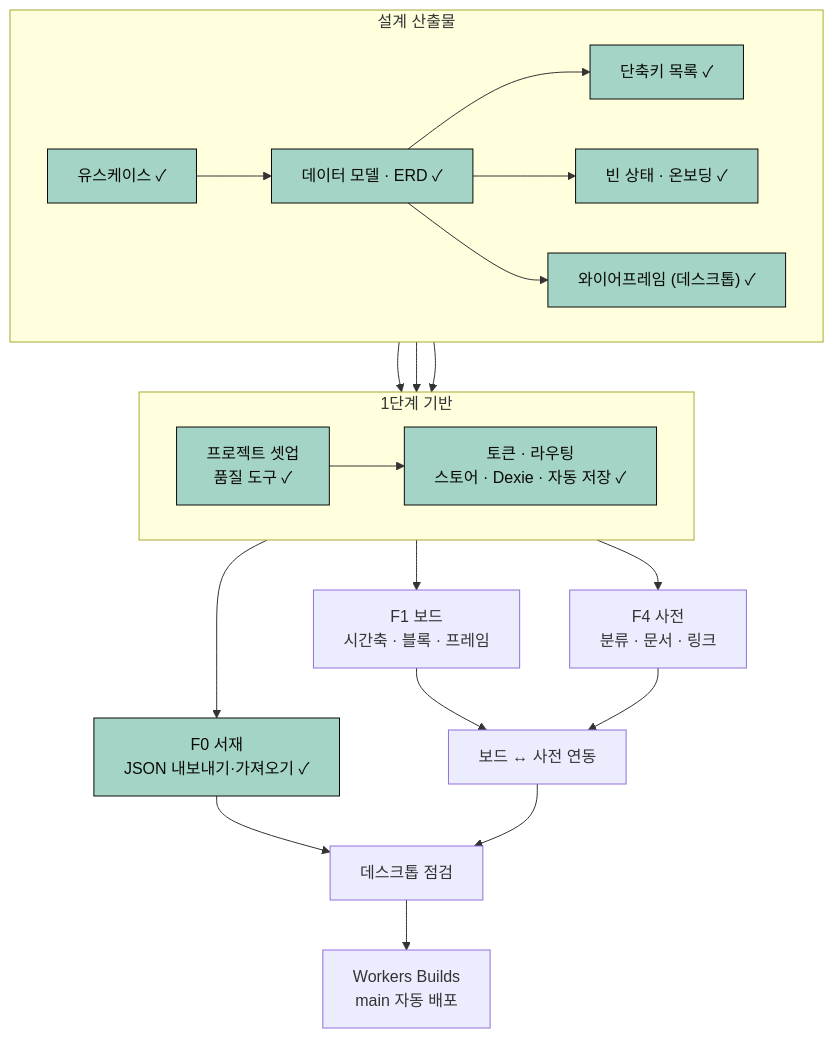
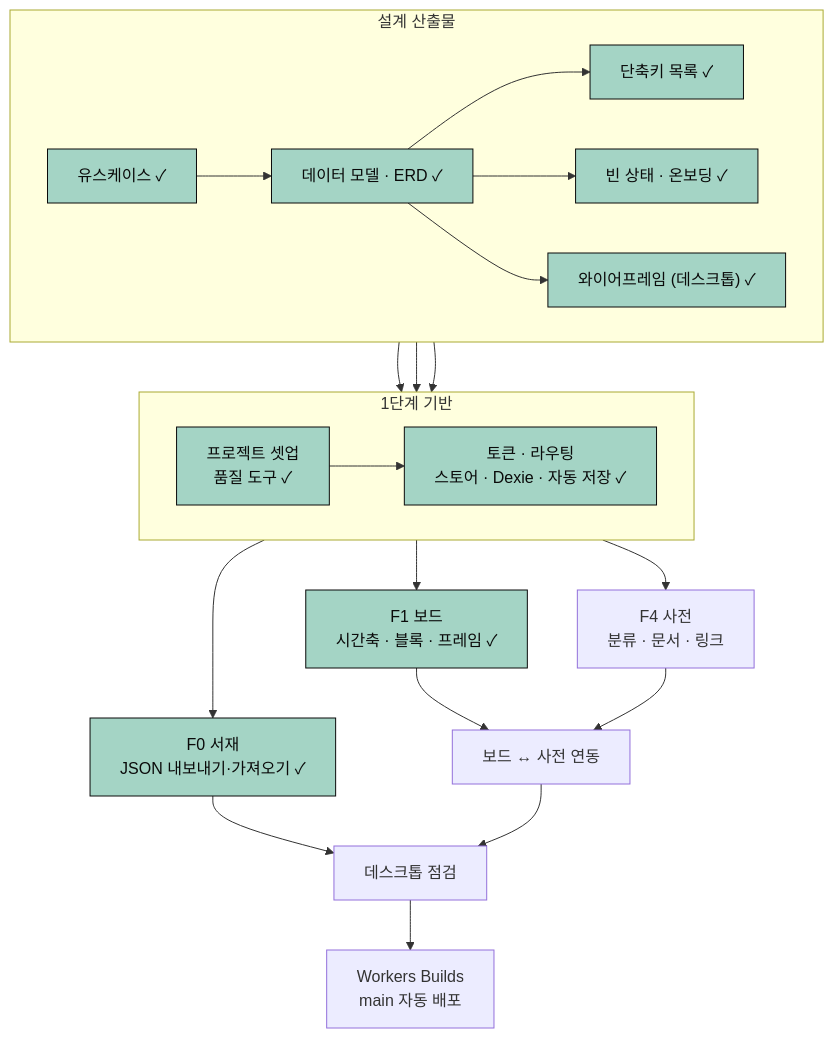
Before and after one commit to kty2001/NovelStory: the diagram in docs/TODO.md, drawn with Mermaid. The commit also changed other lines of this file and 5 other files, not shown here.

````diff
--- a/docs/TODO.md
+++ b/docs/TODO.md
@@ -5,30 +5,30 @@
 ```mermaid
 %%{init: {"flowchart": {"wrappingWidth": 320}}}%%
 flowchart TB
     subgraph DESIGN["설계 산출물"]
         direction LR
         UC["유스케이스 ✓"]:::done --> DM["데이터 모델 · ERD ✓"]:::done
         DM --> SC["단축키 목록 ✓"]:::done
         DM --> ON["빈 상태 · 온보딩 ✓"]:::done
         DM --> WF["와이어프레임 (데스크톱) ✓"]:::done
     end
 
     subgraph BASE["1단계 기반"]
         direction LR
         SETUP["프로젝트 셋업<br/>품질 도구 ✓"]:::done --> CORE["토큰 · 라우팅<br/>스토어 · Dexie · 자동 저장 ✓"]:::done
     end
 
     SC --> SETUP
     ON --> SETUP
     WF --> SETUP
     CORE --> F0["F0 서재<br/>JSON 내보내기·가져오기 ✓"]:::done
-    CORE --> F1["F1 보드<br/>시간축 · 블록 · 프레임"]
+    CORE --> F1["F1 보드<br/>시간축 · 블록 · 프레임 ✓"]:::done
     CORE --> F4["F4 사전<br/>분류 · 문서 · 링크"]
     F1 --> LINK["보드 ↔ 사전 연동"]
     F4 --> LINK
     F0 --> QA["데스크톱 점검"]
     LINK --> QA
     QA --> DEPLOY["Workers Builds<br/>main 자동 배포"]
 
     classDef done fill:#a4d4c5,stroke:#0a0a0a,color:#0a0a0a
 ```
````
